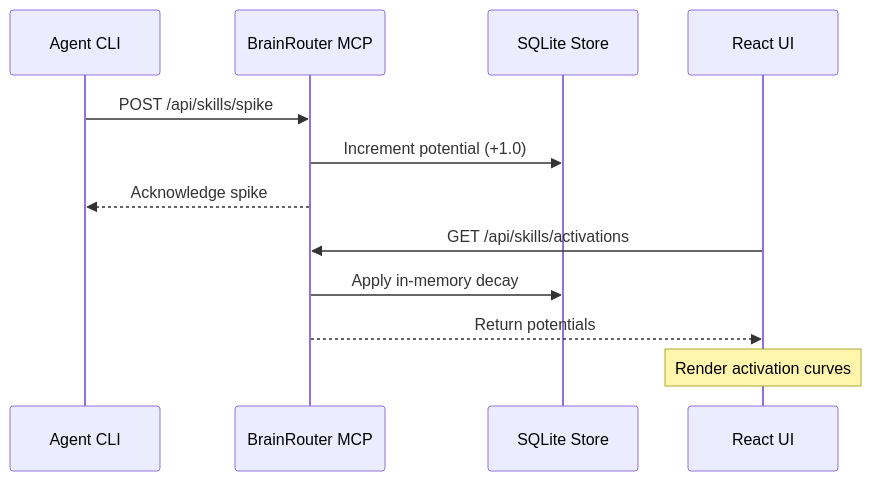
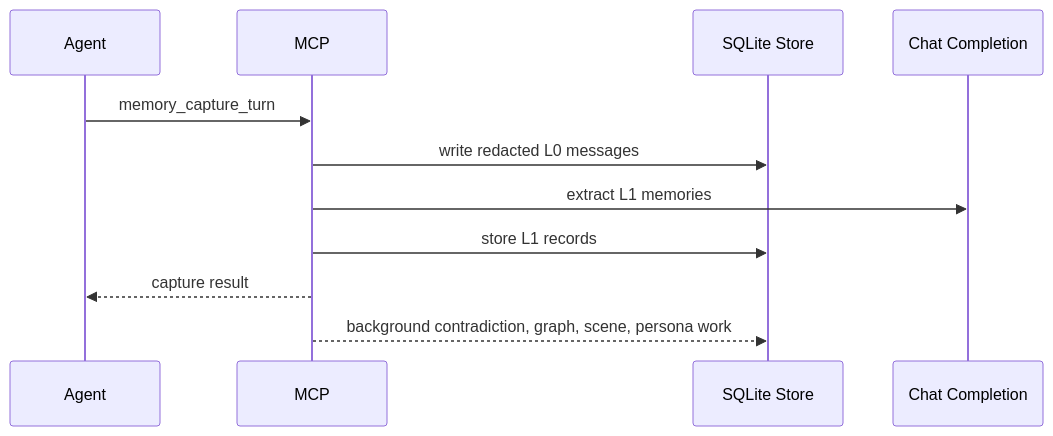
Before and after one commit to kinqsradiollc/BrainRouter: the second of 2 diagrams in PRESENTATION.md, drawn with Mermaid. The commit also changed other lines of this file and 3 other files, not shown here.

````diff
--- a/PRESENTATION.md
+++ b/PRESENTATION.md
@@ -107,16 +53,14 @@
 ```mermaid
 sequenceDiagram
-    participant CLI as Agent CLI
-    participant Server as BrainRouter MCP
-    participant DB as SQLite Store
-    participant Dashboard as React UI
+    participant Agent
+    participant MCP
+    participant Store as SQLite Store
+    participant LLM as Chat Completion
 
-    CLI->>Server: POST /api/skills/spike
-    Server->>DB: Increment potential (+1.0)
-    Server-->>CLI: Acknowledge spike
-    
-    Dashboard->>Server: GET /api/skills/activations
-    Server->>DB: Apply in-memory decay
-    Server-->>Dashboard: Return potentials
-    Note over Dashboard: Render activation curves
+    Agent->>MCP: memory_capture_turn
+    MCP->>Store: write redacted L0 messages
+    MCP->>LLM: extract L1 memories
+    MCP->>Store: store L1 records
+    MCP-->>Agent: capture result
+    MCP-->>Store: background contradiction, graph, scene, persona work
 ```
````
